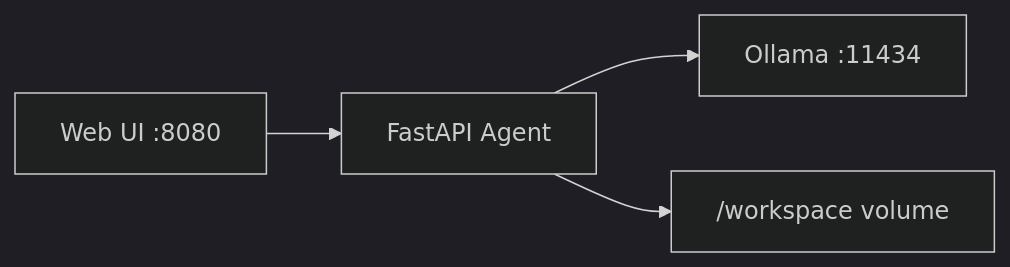
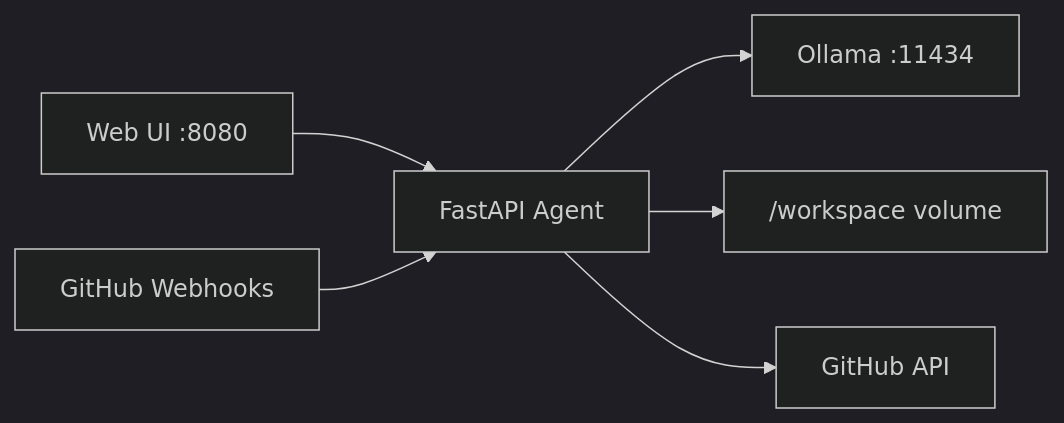
One commit to killamfkr/Cellar-loader changed the diagram in ollama-agent/README.md. Above: the diagram before and after it, drawn with Mermaid (dark theme). The commit also changed other lines of this file and 13 other files, not shown here.

First line of the commit message:
Add GitHub workflow: webhooks, PR tools, and issue runner

````diff
--- a/ollama-agent/README.md
+++ b/ollama-agent/README.md
@@ -9,6 +9,8 @@
 ```mermaid
 flowchart LR
   Browser[Web UI :8080] --> API[FastAPI Agent]
   API --> Ollama[Ollama :11434]
   API --> WS["/workspace volume"]
+  API --> GH[GitHub API]
+  GWebhook[GitHub Webhooks] --> API
 ```
````
